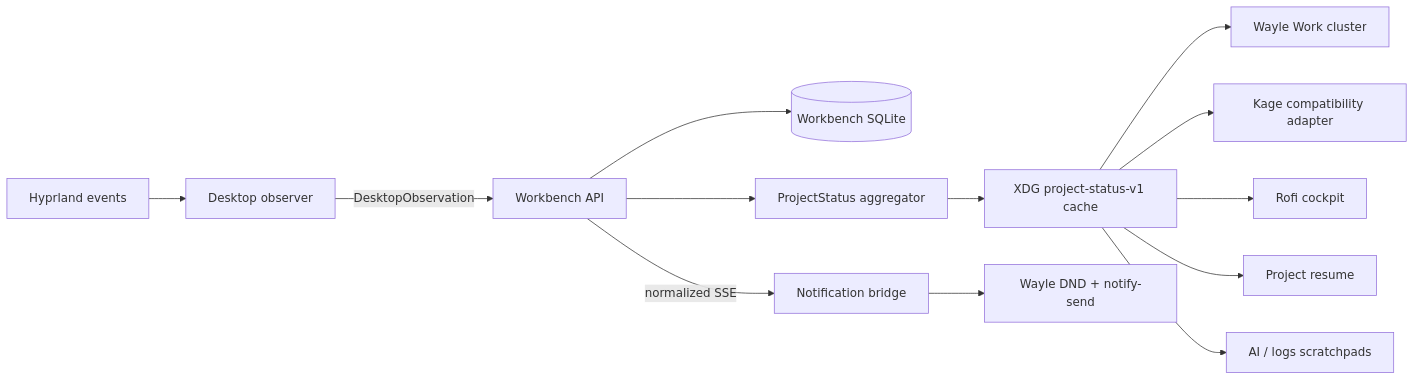
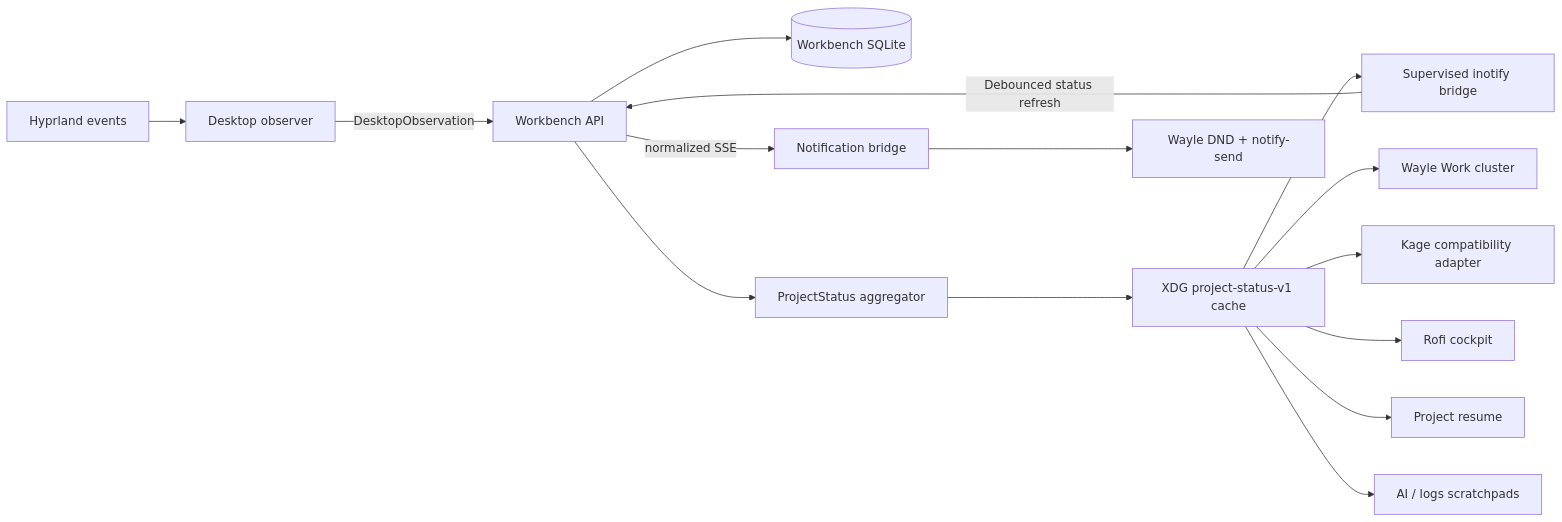
The diagram in docs/AI_WORKBENCH_DESKTOP.md (namikofficial/dotfiles), drawn with Mermaid before and after one commit. The commit also changed other lines of this file and 7 other files, not shown here.

````diff
--- a/docs/AI_WORKBENCH_DESKTOP.md
+++ b/docs/AI_WORKBENCH_DESKTOP.md
@@ -7,15 +7,17 @@
 ```mermaid
 flowchart LR
   Hypr[Hyprland events] --> Observer[Desktop observer]
   Observer -->|DesktopObservation| API[Workbench API]
+  Cache --> FileWatch[Supervised inotify bridge]
+  FileWatch -->|Debounced status refresh| API
   API --> DB[(Workbench SQLite)]
   API --> Status[ProjectStatus aggregator]
   Status --> Cache[XDG project-status-v1 cache]
   Cache --> Work[Wayle Work cluster]
   Cache --> Kage[Kage compatibility adapter]
   Cache --> Rofi[Rofi cockpit]
   Cache --> Resume[Project resume]
   Cache --> Scratch[AI / logs scratchpads]
   API -->|normalized SSE| Notify[Notification bridge]
   Notify --> DesktopNotify[Wayle DND + notify-send]
 ```
````
